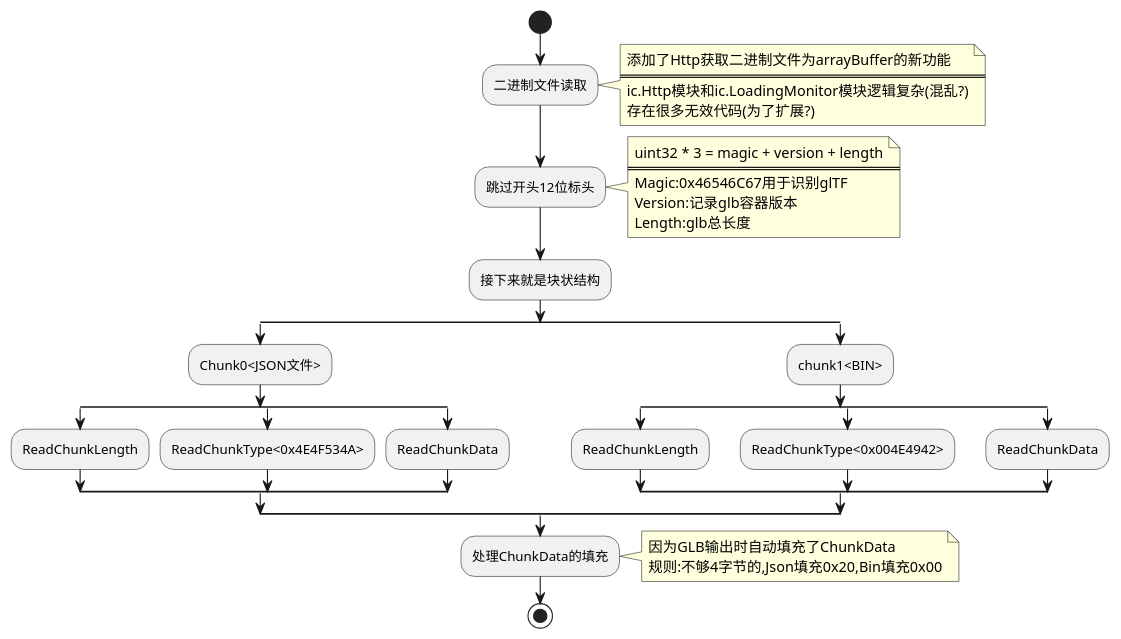
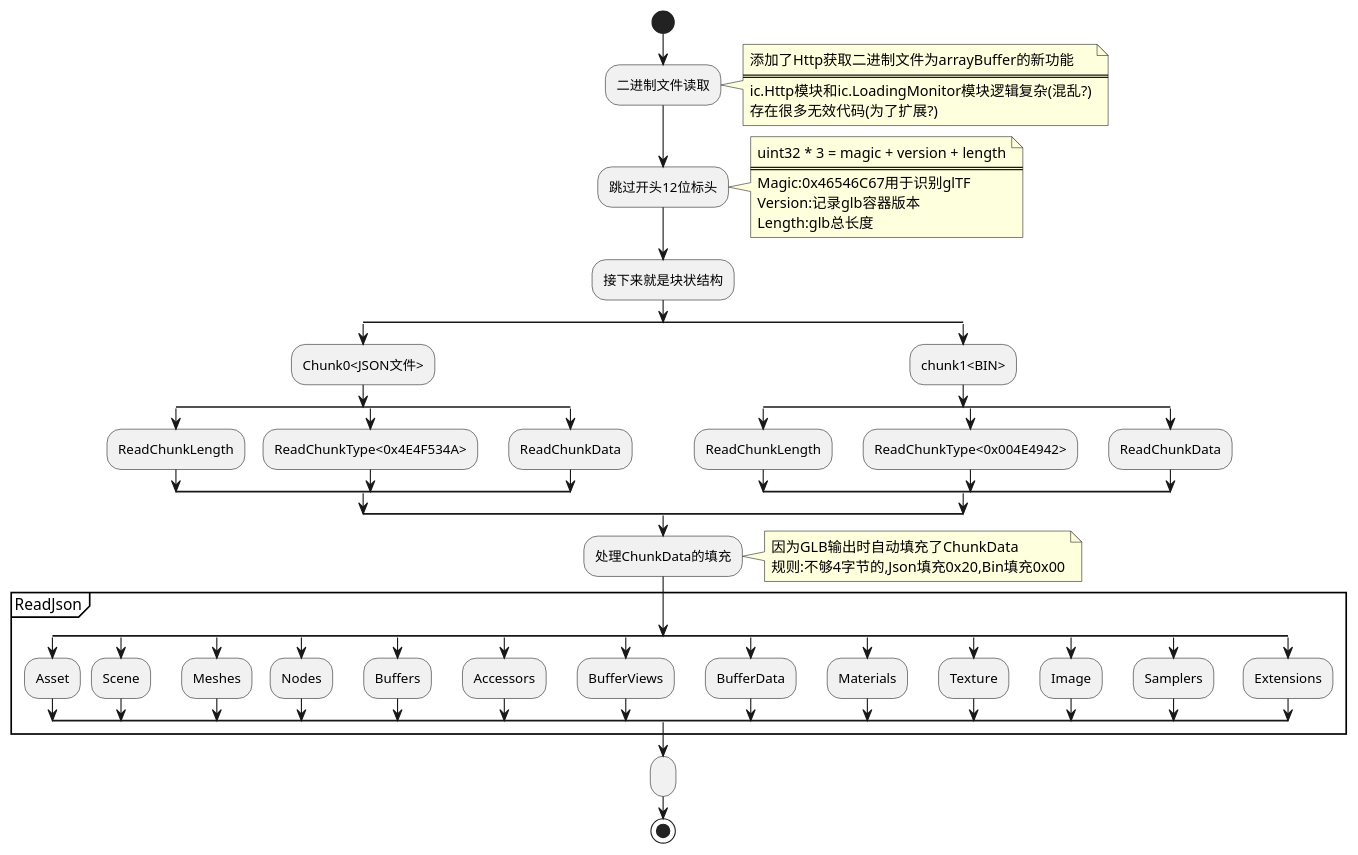
Before and after one commit to YoJitaku/knowledgeRepository: the diagram in UML/Bowell/Engine/GlbLoader.pu, drawn with PlantUML. The commit also changed 16 other files, not shown here.

```diff
--- a/UML/Bowell/Engine/GlbLoader.pu
+++ b/UML/Bowell/Engine/GlbLoader.pu
@@ -1,44 +1,74 @@
 @startuml GlbLoader
 start
 :二进制文件读取;
 note right
 添加了Http获取二进制文件为arrayBuffer的新功能
 ====
 ic.Http模块和ic.LoadingMonitor模块逻辑复杂(混乱?)
 存在很多无效代码(为了扩展?)
 endnote
 :跳过开头12位标头;
 note right
 uint32 * 3 = magic + version + length
 =====
 Magic:0x46546C67用于识别glTF
 Version:记录glb容器版本
 Length:glb总长度
 endnote
 :接下来就是块状结构;
 split
 :Chunk0<JSON文件>;
 split
 :ReadChunkLength;
 split again
 :ReadChunkType<0x4E4F534A>;
 split again
 :ReadChunkData;
 endsplit
 split again
 :chunk1<BIN>;
 split
 :ReadChunkLength;
 split again
 :ReadChunkType<0x004E4942>;
 split again
 :ReadChunkData;
 endsplit
 endsplit
 :处理ChunkData的填充;
 note right
 因为GLB输出时自动填充了ChunkData
 规则:不够4字节的,Json填充0x20,Bin填充0x00
 endnote
+group ReadJson
+split
+:Asset;
+split again
+:Scene;
+split again
+:Meshes;
+split again
+:Nodes;
+split again
+:Buffers;
+split again
+:Accessors;
+split again
+:BufferViews;
+split again
+:BufferData;
+split again
+:Materials;
+split again
+:Texture;
+split again
+:Image;
+split again
+:Samplers;
+split again
+:Extensions;
+endsplit
+endgroup
+:;
 stop
 @enduml
```
